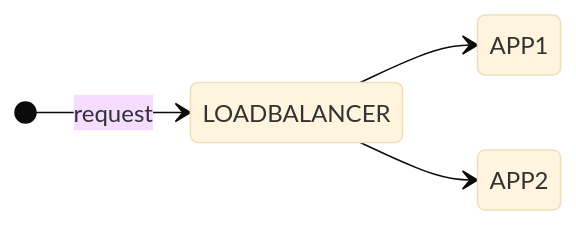
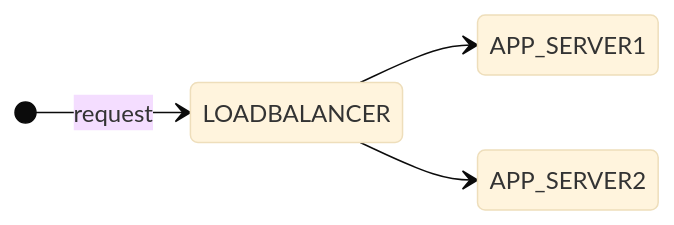
One commit to daniel1820815/daniel1820815.github.io changed the diagram in _posts/2022-09-xx-docker-1.md. Above: the diagram before and after it, drawn with Mermaid (base theme). The commit also changed other lines of this file, not shown here.

````diff
--- a/_posts/2022-09-xx-docker-1.md
+++ b/_posts/2022-09-xx-docker-1.md
@@ -21,7 +25,7 @@
 ```mermaid
 stateDiagram 
-    direction LR
+    direction LR1
     [*] --> LOADBALANCER: request
-    LOADBALANCER --> APP1
-    LOADBALANCER --> APP2
+    LOADBALANCER --> APP_SERVER1
+    LOADBALANCER --> APP_SERVER2
 ```
````
